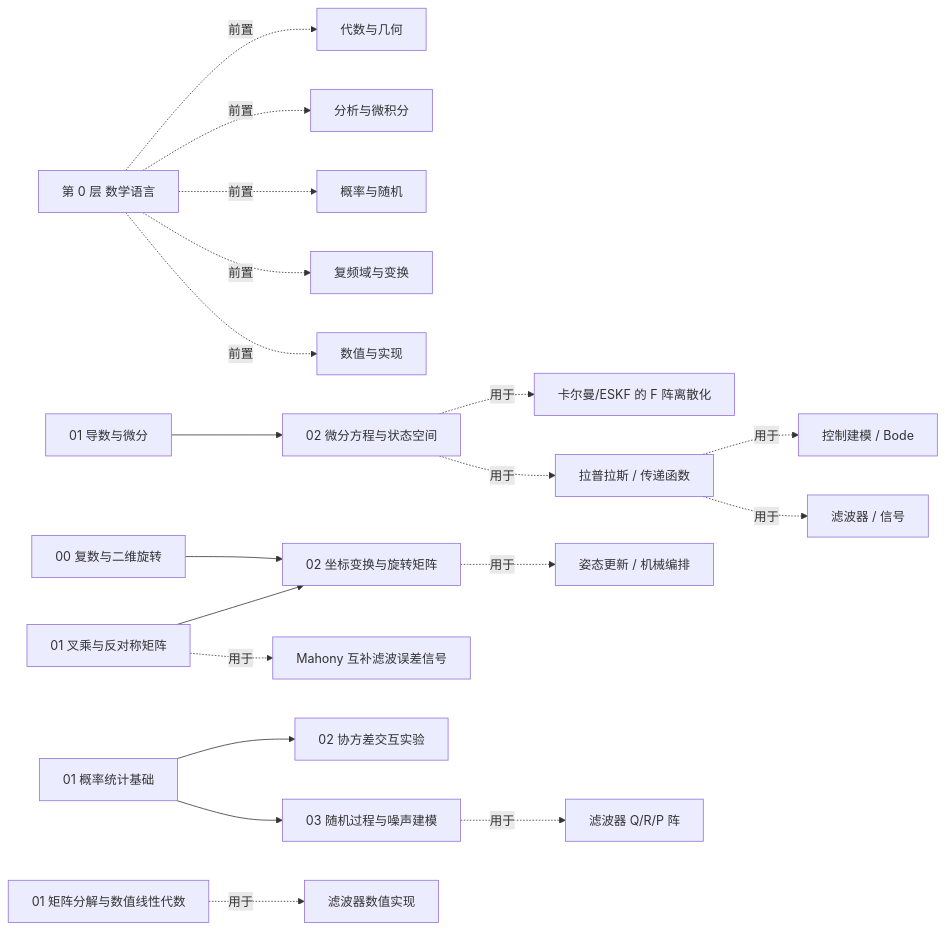
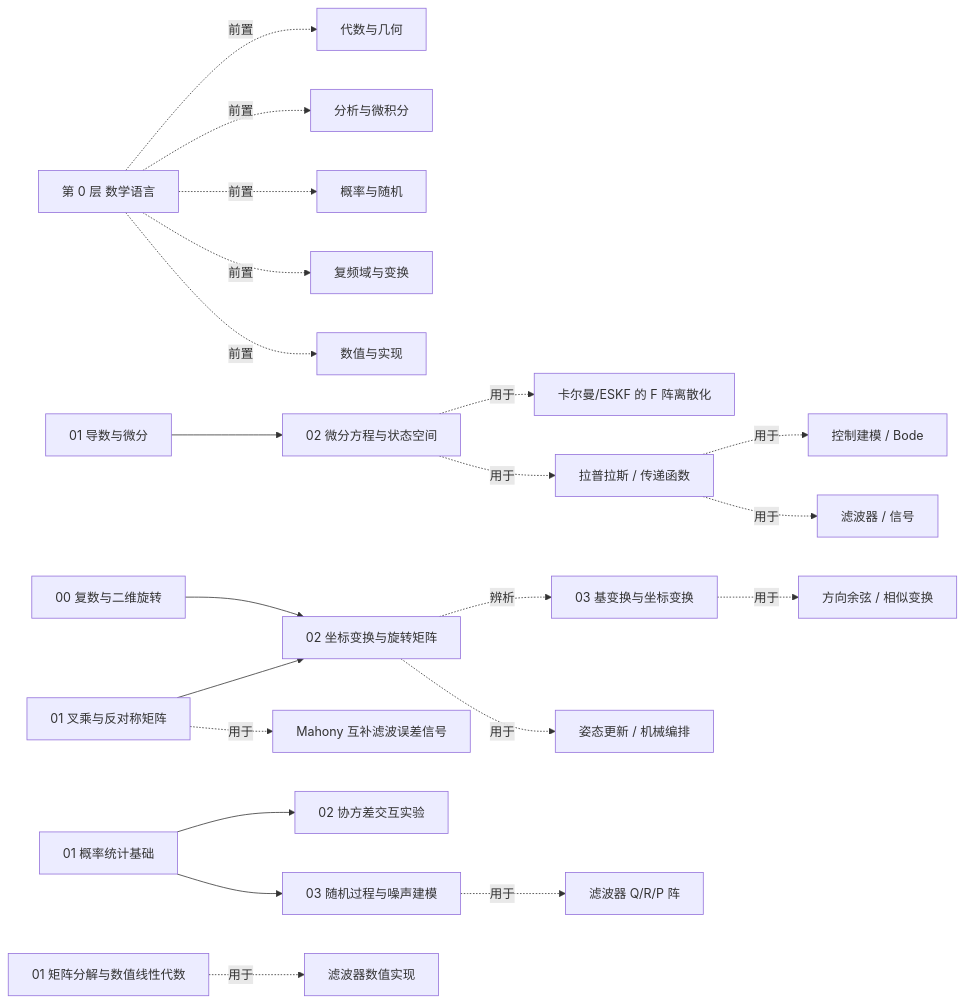
Before and after one commit to wild-civil/civil_wiki: the diagram in docs/数学基础/index.md, drawn with Mermaid. The commit also changed other lines of this file and 5 other files, not shown here.

````diff
--- a/docs/数学基础/index.md
+++ b/docs/数学基础/index.md
@@ -88,21 +90,23 @@
 ```mermaid
 graph LR
   L0[第 0 层 数学语言] -.前置.-> G[代数与几何]
   L0 -.前置.-> A[分析与微积分]
   L0 -.前置.-> P[概率与随机]
   L0 -.前置.-> F[复频域与变换]
   L0 -.前置.-> N[数值与实现]
   A1[01 导数与微分] --> A2[02 微分方程与状态空间]
   A2 -.用于.-> KF[卡尔曼/ESKF 的 F 阵离散化]
   A2 -.用于.-> LAP[拉普拉斯 / 传递函数]
   LAP -.用于.-> CTRL[控制建模 / Bode]
   LAP -.用于.-> FILT[滤波器 / 信号]
   G0[00 复数与二维旋转] --> G2[02 坐标变换与旋转矩阵]
   G1[01 叉乘与反对称矩阵] --> G2
+  G2 -.辨析.-> G3[03 基变换与坐标变换]
+  G3 -.用于.-> DCM[方向余弦 / 相似变换]
   G2 -.用于.-> POSTURE[姿态更新 / 机械编排]
   G1 -.用于.-> MAHONY[Mahony 互补滤波误差信号]
   P1[01 概率统计基础] --> P2[02 协方差交互实验]
   P1 --> P3[03 随机过程与噪声建模]
   P3 -.用于.-> QK[滤波器 Q/R/P 阵]
   N1[01 矩阵分解与数值线性代数] -.用于.-> IMP[滤波器数值实现]
 ```
````
